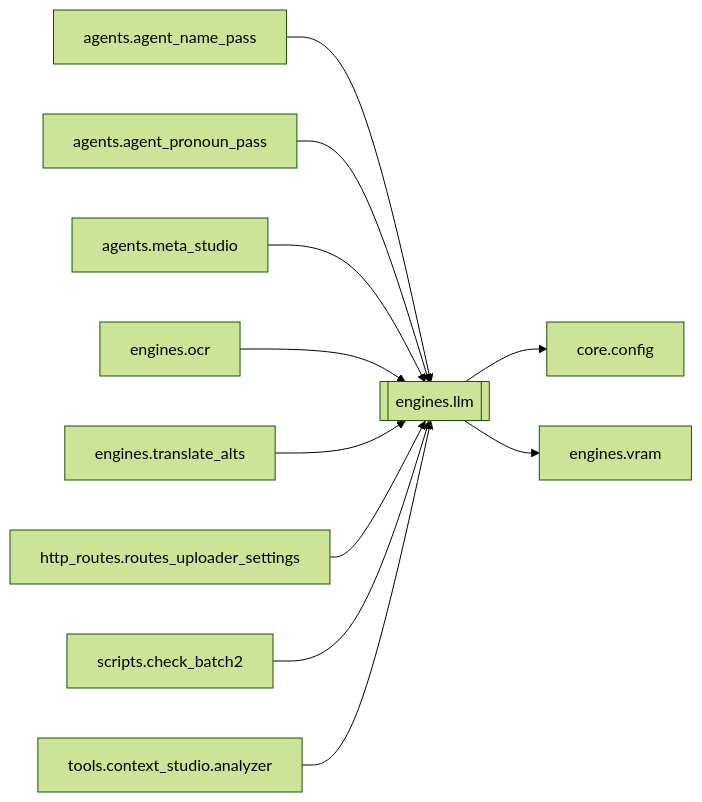
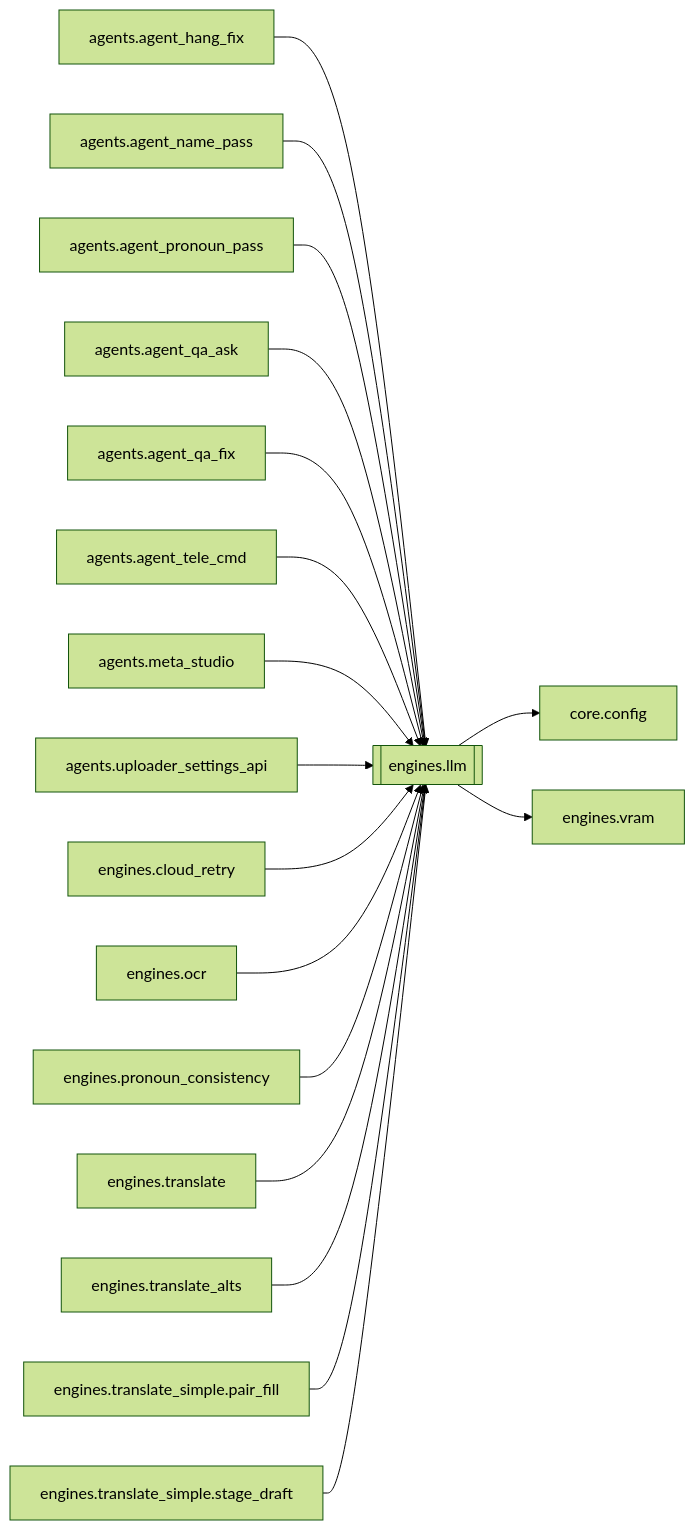
One commit to kjza178/PinelineV5 changed the diagram in docs/brain/modules/engines.llm.md. Above: the diagram before and after it, drawn with Mermaid (forest theme). The commit also changed other lines of this file and 227 other files, not shown here.

````diff
--- a/docs/brain/modules/engines.llm.md
+++ b/docs/brain/modules/engines.llm.md
@@ -18,14 +18,21 @@
 ```mermaid
 flowchart LR
   engines_llm[[engines.llm]]
+  agents_agent_hang_fix[agents.agent_hang_fix] --> engines_llm
   agents_agent_name_pass[agents.agent_name_pass] --> engines_llm
   agents_agent_pronoun_pass[agents.agent_pronoun_pass] --> engines_llm
+  agents_agent_qa_ask[agents.agent_qa_ask] --> engines_llm
+  agents_agent_qa_fix[agents.agent_qa_fix] --> engines_llm
+  agents_agent_tele_cmd[agents.agent_tele_cmd] --> engines_llm
   agents_meta_studio[agents.meta_studio] --> engines_llm
+  agents_uploader_settings_api[agents.uploader_settings_api] --> engines_llm
+  engines_cloud_retry[engines.cloud_retry] --> engines_llm
   engines_ocr[engines.ocr] --> engines_llm
+  engines_pronoun_consistency[engines.pronoun_consistency] --> engines_llm
+  engines_translate[engines.translate] --> engines_llm
   engines_translate_alts[engines.translate_alts] --> engines_llm
-  http_routes_routes_uploader_settings[http_routes.routes_uploader_settings] --> engines_llm
-  scripts_check_batch2[scripts.check_batch2] --> engines_llm
-  tools_context_studio_analyzer[tools.context_studio.analyzer] --> engines_llm
+  engines_translate_simple_pair_fill[engines.translate_simple.pair_fill] --> engines_llm
+  engines_translate_simple_stage_draft[engines.translate_simple.stage_draft] --> engines_llm
   engines_llm --> core_config[core.config]
   engines_llm --> engines_vram[engines.vram]
 ```
````
